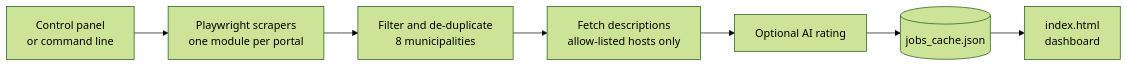
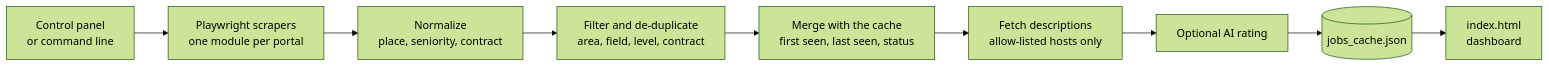
The diagram in README.md (jacknegri89/Job-Scraper-Ticino), drawn with Mermaid (forest theme) before and after one commit. The commit also changed other lines of this file and 14 other files, not shown here.

````diff
--- a/README.md
+++ b/README.md
@@ -72,9 +75,11 @@
 ```mermaid
 flowchart LR
     A["Control panel<br/>or command line"] --> B["Playwright scrapers<br/>one module per portal"]
-    B --> C["Filter and de-duplicate<br/>8 municipalities"]
-    C --> D["Fetch descriptions<br/>allow-listed hosts only"]
-    D --> E["Optional AI rating"]
-    E --> F[("jobs_cache.json")]
-    F --> G["index.html<br/>dashboard"]
+    B --> C["Normalize<br/>place, seniority, contract"]
+    C --> D["Filter and de-duplicate<br/>area, field, level, contract"]
+    D --> E["Merge with the cache<br/>first seen, last seen, status"]
+    E --> F["Fetch descriptions<br/>allow-listed hosts only"]
+    F --> G["Optional AI rating"]
+    G --> H[("jobs_cache.json")]
+    H --> I["index.html<br/>dashboard"]
 ```
````
